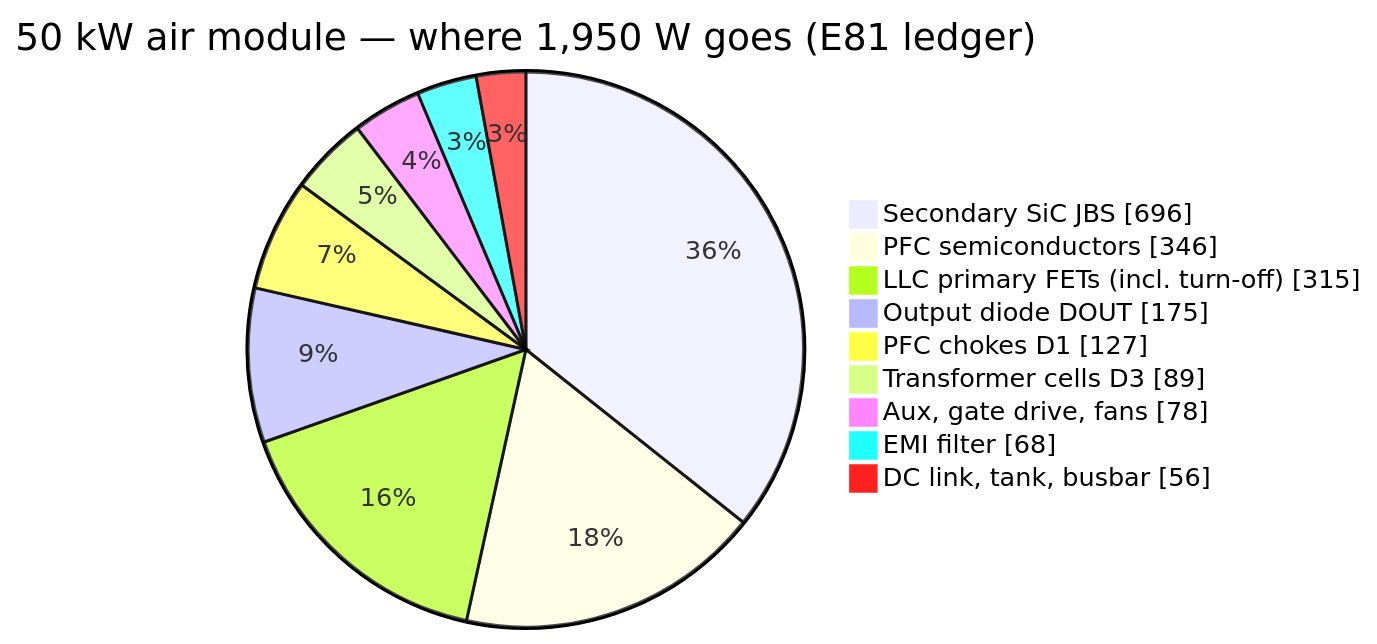
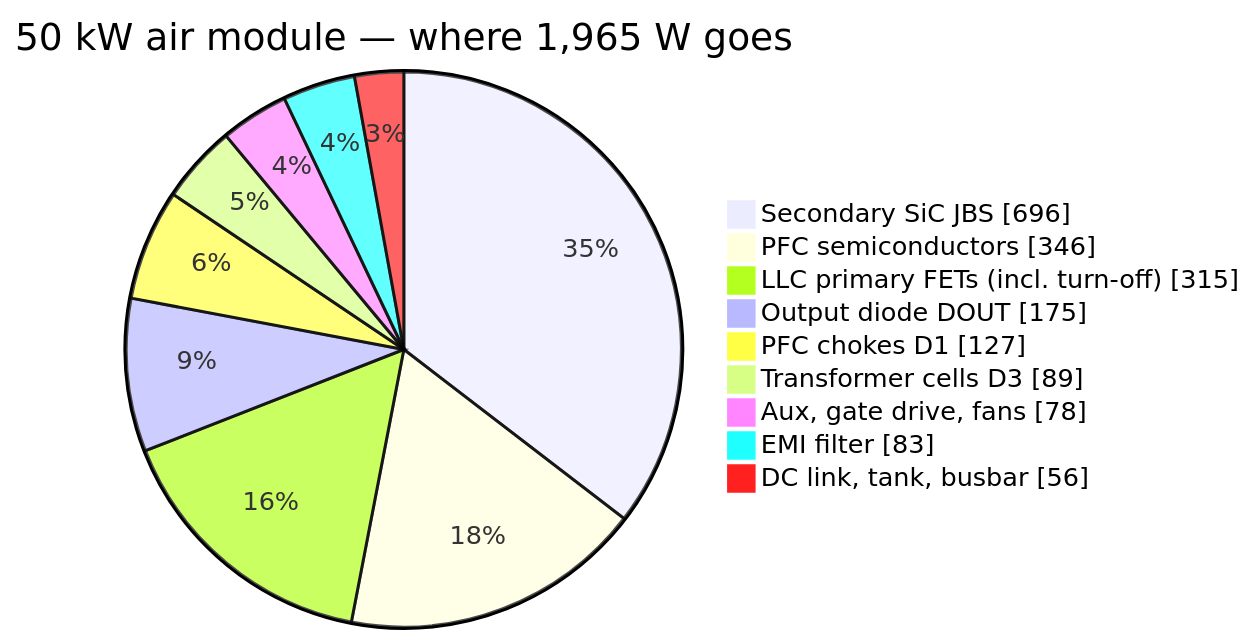
Before and after one commit to vectivolt/DC-Modules: the first of 5 diagrams in docs/thermal-report.md, drawn with Mermaid. The commit also changed other lines of this file and 802 other files, not shown here.

````diff
--- a/docs/thermal-report.md
+++ b/docs/thermal-report.md
@@ -107,12 +86,12 @@
 ```mermaid
-pie showData title 50 kW air module — where 1,950 W goes (E81 ledger)
+pie showData title 50 kW air module — where 1,965 W goes
   "Secondary SiC JBS" : 696
   "PFC semiconductors" : 346
   "LLC primary FETs (incl. turn-off)" : 315
   "Output diode DOUT" : 175
   "PFC chokes D1" : 127
   "Transformer cells D3" : 89
   "Aux, gate drive, fans" : 78
-  "EMI filter" : 68
+  "EMI filter" : 83
   "DC link, tank, busbar" : 56
 ```
````
